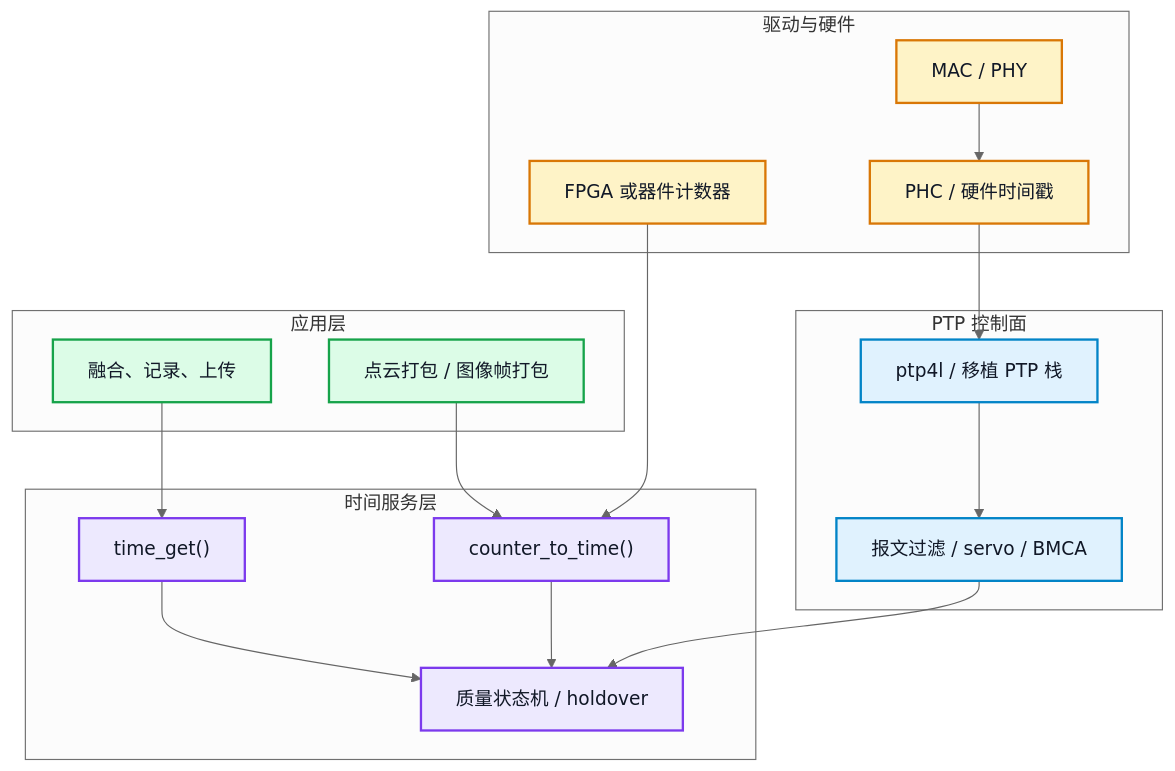
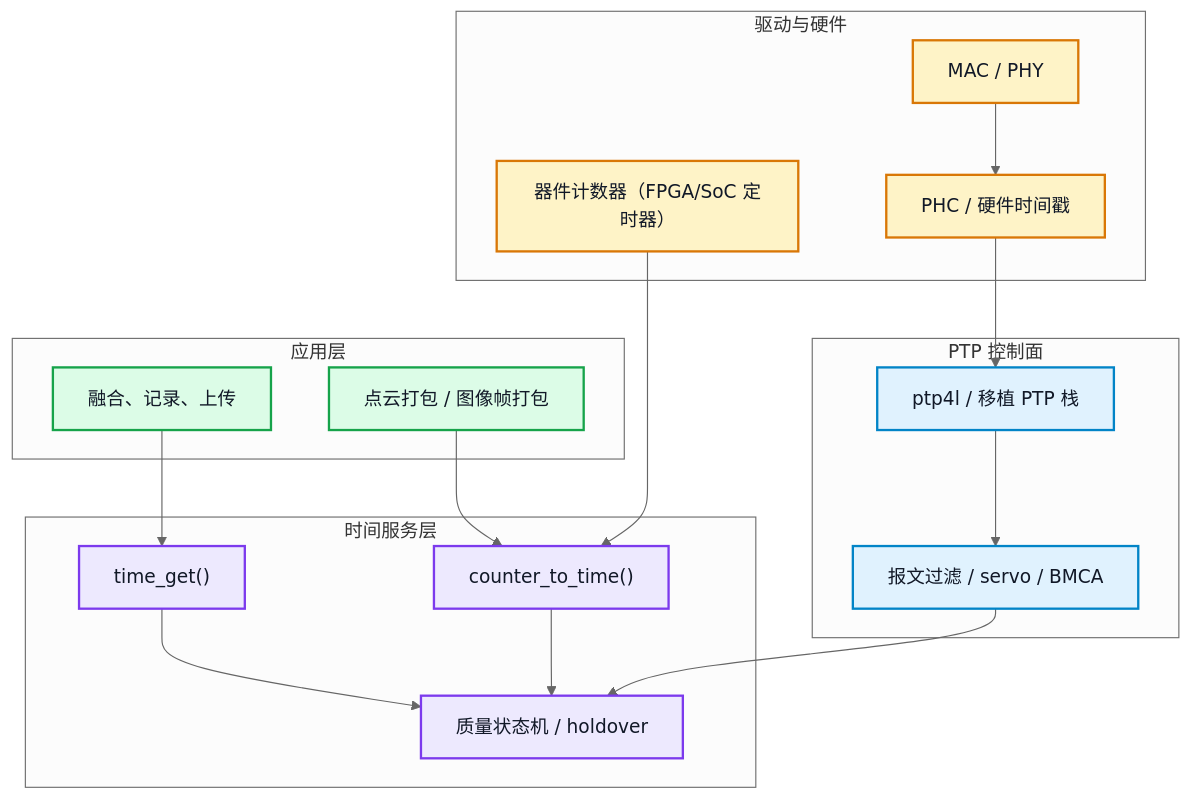
The first of 5 diagrams in content/posts/architecture/ptp_network_module_design.md (DeguiLiu/tech-notes), drawn with Mermaid (neutral theme) before and after one commit. The commit also changed other lines of this file and 2 other files, not shown here.

````diff
--- a/content/posts/architecture/ptp_network_module_design.md
+++ b/content/posts/architecture/ptp_network_module_design.md
@@ -93,38 +93,38 @@
 ```mermaid
 flowchart TB
     subgraph APP["应用层"]
         A1["点云打包 / 图像帧打包"]
         A2["融合、记录、上传"]
     end
     subgraph TS["时间服务层"]
         T1["time_get()"]
         T2["counter_to_time()"]
         T3["质量状态机 / holdover"]
     end
     subgraph PTP["PTP 控制面"]
         P1["ptp4l / 移植 PTP 栈"]
         P2["报文过滤 / servo / BMCA"]
     end
     subgraph DRV["驱动与硬件"]
         D1["PHC / 硬件时间戳"]
         D2["MAC / PHY"]
-        D3["FPGA 或器件计数器"]
+        D3["器件计数器（FPGA/SoC 定时器）"]
     end
     A1 --> T2
     A2 --> T1
     T1 --> T3
     T2 --> T3
     P1 --> P2
     P2 --> T3
     D1 --> P1
     D2 --> D1
     D3 --> T2
     classDef app fill:#dcfce7,stroke:#16a34a,stroke-width:2px,color:#111827
     classDef time fill:#ede9fe,stroke:#7c3aed,stroke-width:2px,color:#111827
     classDef ptp fill:#e0f2fe,stroke:#0284c7,stroke-width:2px,color:#111827
     classDef hw fill:#fef3c7,stroke:#d97706,stroke-width:2px,color:#111827
     class A1,A2 app
     class T1,T2,T3 time
     class P1,P2 ptp
     class D1,D2,D3 hw
 ```
````
